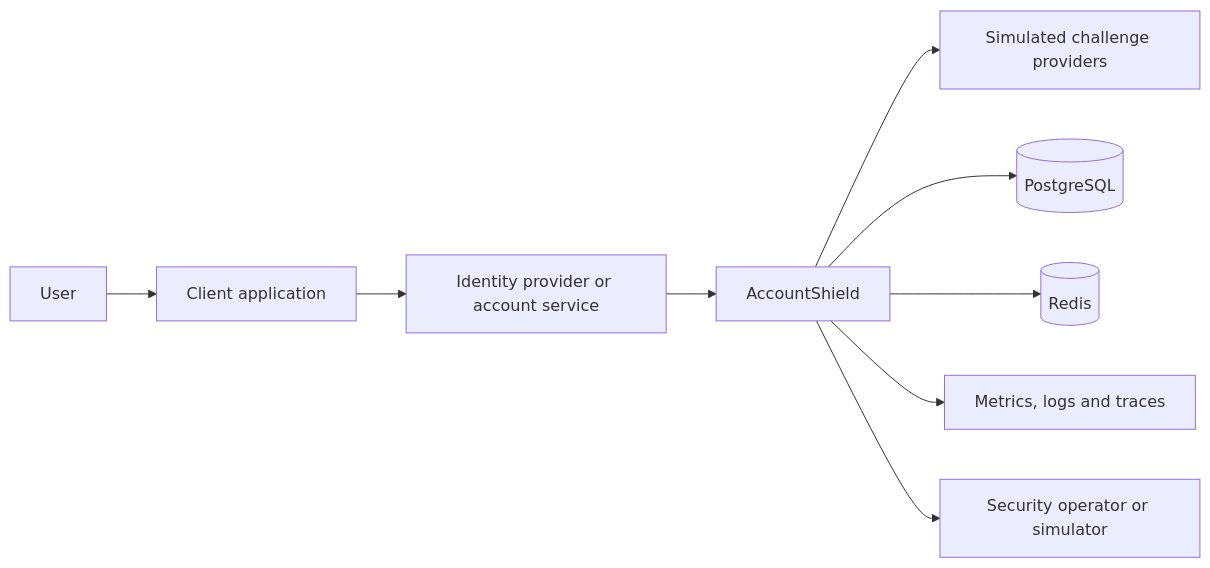
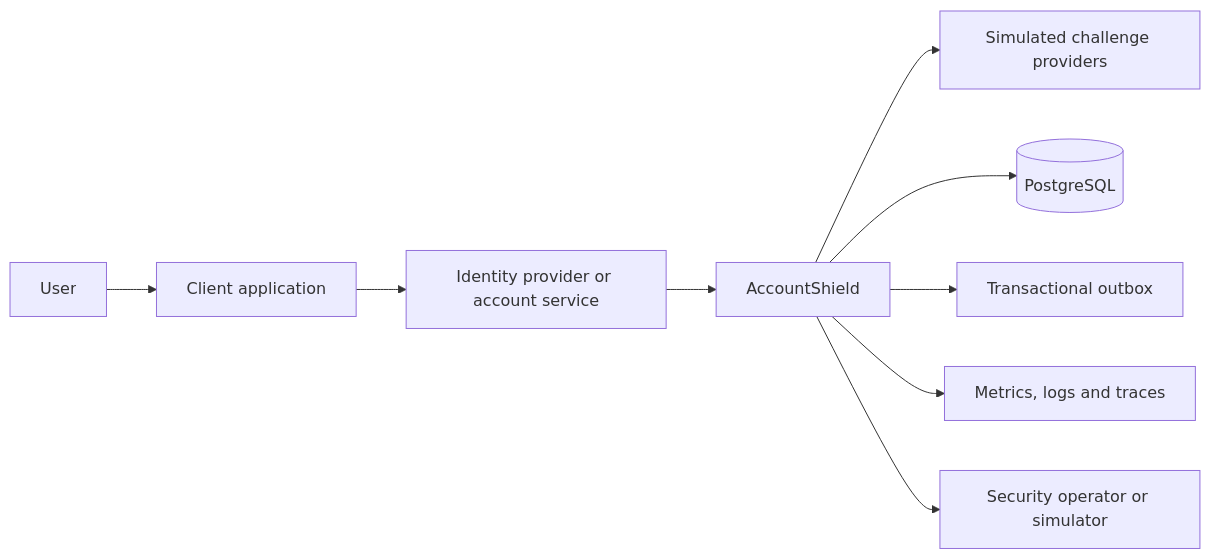
The diagram in docs/architecture/README.md (vinicius-ssantos/accountshield-orchestrator), drawn with Mermaid before and after one commit. The commit also changed other lines of this file and 3 other files, not shown here.

First line of the commit message:
docs: align architecture docs and README with post-merge reality (#13)

````diff
--- a/docs/architecture/README.md
+++ b/docs/architecture/README.md
@@ -11,11 +11,11 @@
 ```mermaid
 flowchart LR
     User[User] --> Client[Client application]
     Client --> IdP[Identity provider or account service]
     IdP --> Shield[AccountShield]
     Shield --> Challenge[Simulated challenge providers]
     Shield --> Store[(PostgreSQL)]
-    Shield --> Cache[(Redis)]
+    Shield --> Outbox[Transactional outbox]
     Shield --> Observability[Metrics, logs and traces]
     Shield --> Operator[Security operator or simulator]
 ```
````
